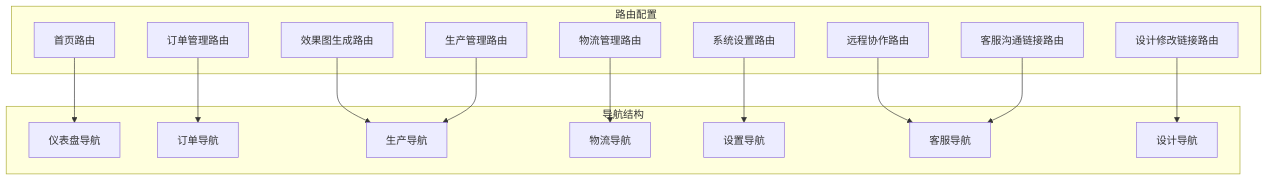
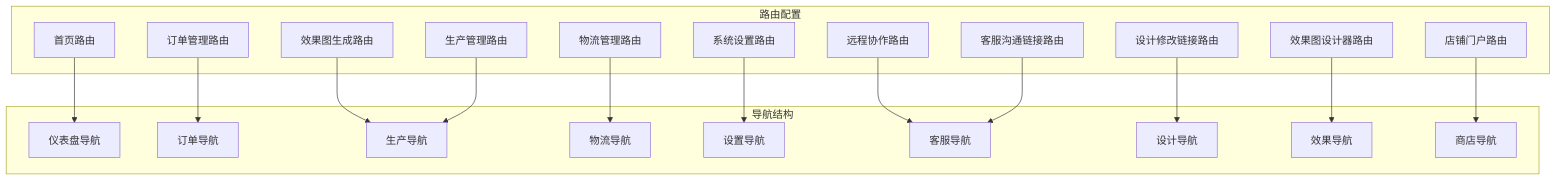
Before and after one commit to SY6621/POD-Order-Management: diagram 17 of 19 in .qoder/repowiki/zh/content/项目概述.md, drawn with Mermaid. The commit also changed other lines of this file and 8 other files, not shown here.

````diff
--- a/.qoder/repowiki/zh/content/项目概述.md
+++ b/.qoder/repowiki/zh/content/项目概述.md
@@ -776,32 +1025,38 @@
 ```mermaid
 graph TB
 subgraph "路由配置"
 HomeRoute[首页路由]
 OrdersRoute[订单管理路由]
 EffectsRoute[效果图生成路由]
 ProductionRoute[生产管理路由]
 LogisticsRoute[物流管理路由]
 SettingsRoute[系统设置路由]
 RemoteRoute[远程协作路由]
 ServiceLinkRoute[客服沟通链接路由]
 DesignLinkRoute[设计修改链接路由]
+EffectDesignerRoute[效果图设计器路由]
+StorePortalRoute[店铺门户路由]
 end
 subgraph "导航结构"
 DashboardNav[仪表盘导航]
 OrdersNav[订单导航]
 ProductionNav[生产导航]
 LogisticsNav[物流导航]
 SettingsNav[设置导航]
 ServiceNav[客服导航]
 DesignNav[设计导航]
+EffectNav[效果导航]
+StoreNav[商店导航]
 end
 HomeRoute --> DashboardNav
 OrdersRoute --> OrdersNav
 EffectsRoute --> ProductionNav
 ProductionRoute --> ProductionNav
 LogisticsRoute --> LogisticsNav
 SettingsRoute --> SettingsNav
 RemoteRoute --> ServiceNav
 ServiceLinkRoute --> ServiceNav
 DesignLinkRoute --> DesignNav
+EffectDesignerRoute --> EffectNav
+StorePortalRoute --> StoreNav
 ```
````
